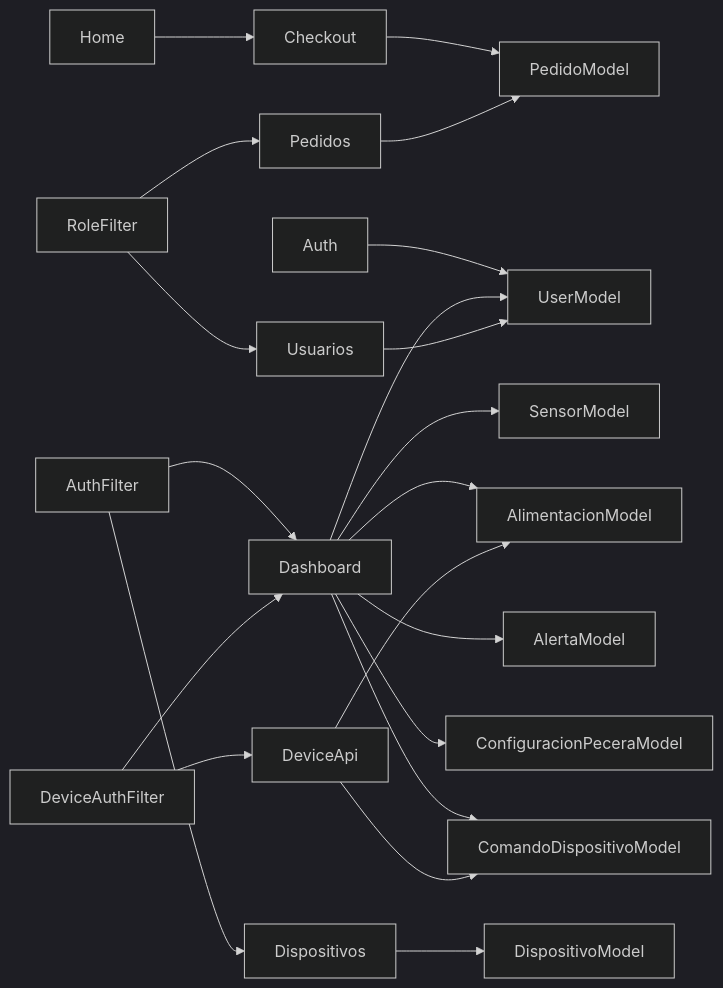
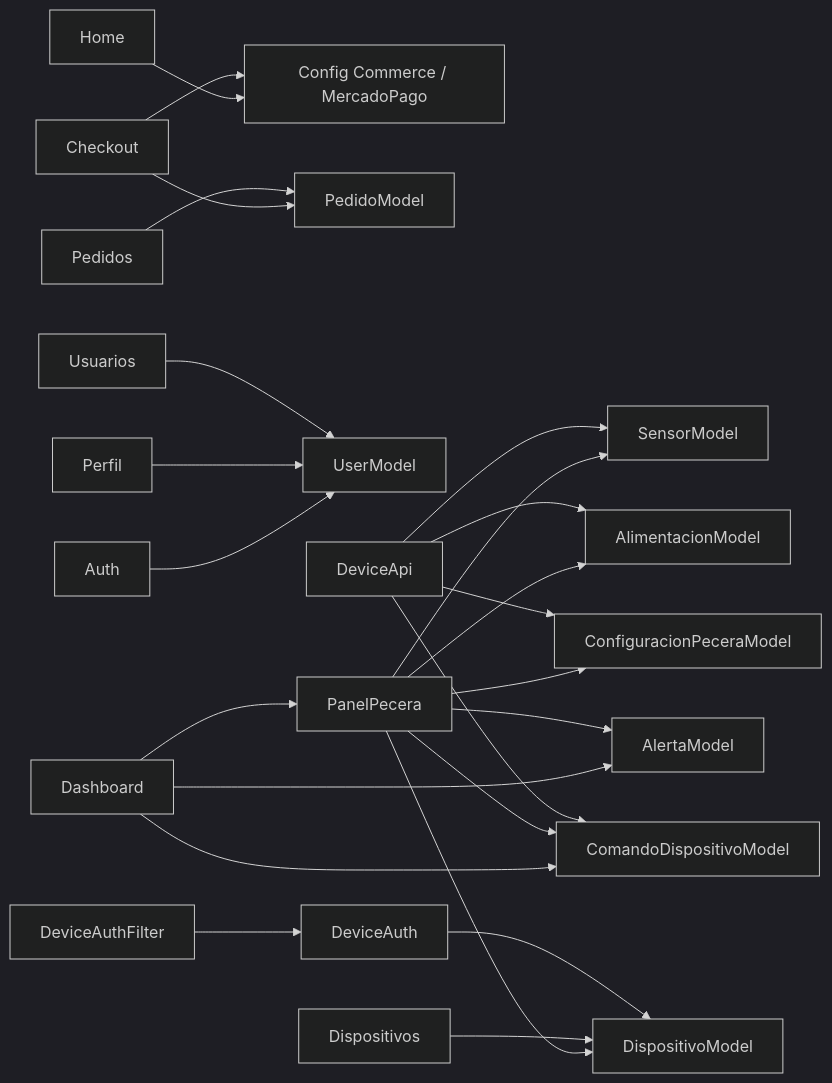
Before and after one commit to TuVieja22/AquaControl: the tenth of 10 diagrams in BACKEND_DOCUMENTACION.md, drawn with Mermaid (dark theme). The commit also changed other lines of this file and 10 other files, not shown here.

````diff
--- a/BACKEND_DOCUMENTACION.md
+++ b/BACKEND_DOCUMENTACION.md
@@ -1089,23 +1109,26 @@
 ```mermaid
 flowchart LR
-    Home --> Checkout
+    Home --> Commerce[Config Commerce / MercadoPago]
+    Checkout --> Commerce
+    Checkout --> PedidoModel
+    Pedidos --> PedidoModel
     Auth --> UserModel
-    Dashboard --> UserModel
-    Dashboard --> SensorModel
-    Dashboard --> AlimentacionModel
+    Perfil --> UserModel
+    Usuarios --> UserModel
+    Dashboard --> PanelPecera
+    Dashboard --> ComandoDispositivoModel
     Dashboard --> AlertaModel
-    Dashboard --> ConfiguracionPeceraModel
-    Dashboard --> ComandoDispositivoModel
+    PanelPecera --> SensorModel
+    PanelPecera --> AlimentacionModel
+    PanelPecera --> AlertaModel
+    PanelPecera --> ConfiguracionPeceraModel
+    PanelPecera --> DispositivoModel
+    PanelPecera --> ComandoDispositivoModel
+    DeviceApi --> SensorModel
     DeviceApi --> ComandoDispositivoModel
     DeviceApi --> AlimentacionModel
-    Checkout --> PedidoModel
-    Pedidos --> PedidoModel
+    DeviceApi --> ConfiguracionPeceraModel
     Dispositivos --> DispositivoModel
-    Usuarios --> UserModel
-    AuthFilter --> Dashboard
-    AuthFilter --> Dispositivos
-    DeviceAuthFilter --> DeviceApi
-    DeviceAuthFilter --> Dashboard
-    RoleFilter --> Usuarios
-    RoleFilter --> Pedidos
+    DeviceAuthFilter --> DeviceAuth
+    DeviceAuth --> DispositivoModel
 ```
````
